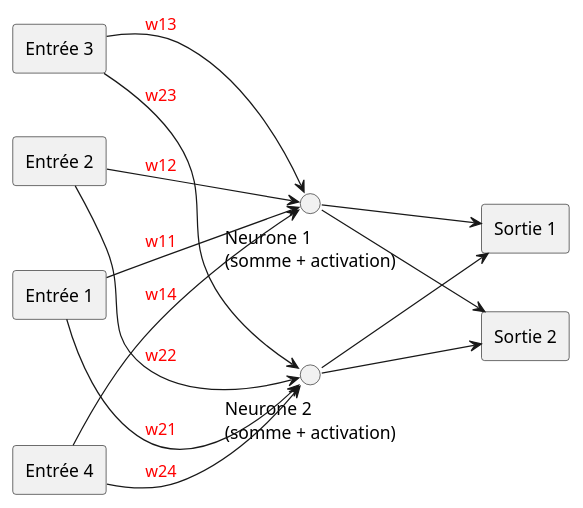
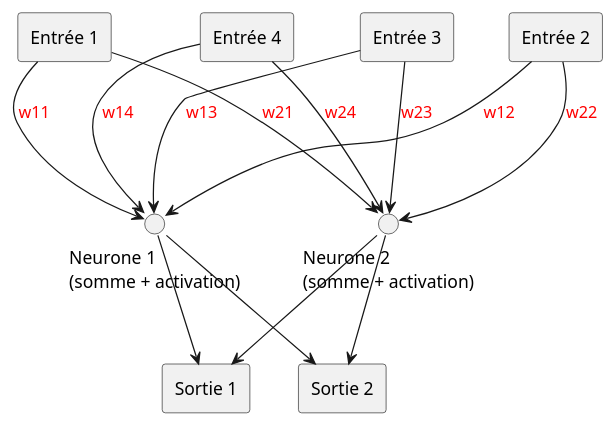
The diagram in README.org (gandalf-the-white/azuma), drawn with PlantUML before and after one commit. The commit also changed 1 other file, not shown here.

```diff
--- a/README.org
+++ b/README.org
@@ -165,36 +165,35 @@
 #+begin_src plantuml :file datas/diagram.svg :results silent :exports none 
 @startuml NeuralNetwork
 
 skinparam monochrome false
 skinparam shadowing false
 skinparam defaultFontName Arial
-left to right direction
 
 rectangle "Entrée 3" as input3
 rectangle "Entrée 4" as input4
 rectangle "Entrée 1" as input1
 rectangle "Entrée 2" as input2
 
 circle "Neurone 1\n(somme + activation)" as hidden1
 circle "Neurone 2\n(somme + activation)" as hidden2
 
 rectangle "Sortie 1" as output1
 rectangle "Sortie 2" as output2
 
 input1 --> hidden1 #text:red : w11
 input2 --> hidden1 #text:red : w12
 input3 --> hidden1 #text:red : w13
 input4 --> hidden1 #text:red : w14
 
 input1 --> hidden2 #text:red : w21
 input2 --> hidden2 #text:red : w22
 input3 --> hidden2 #text:red : w23
 input4 --> hidden2 #text:red : w24
 
 hidden1 --> output1
 hidden2 --> output1
 hidden1 --> output2
 hidden2 --> output2
 
 @enduml
 #+end_src
```
